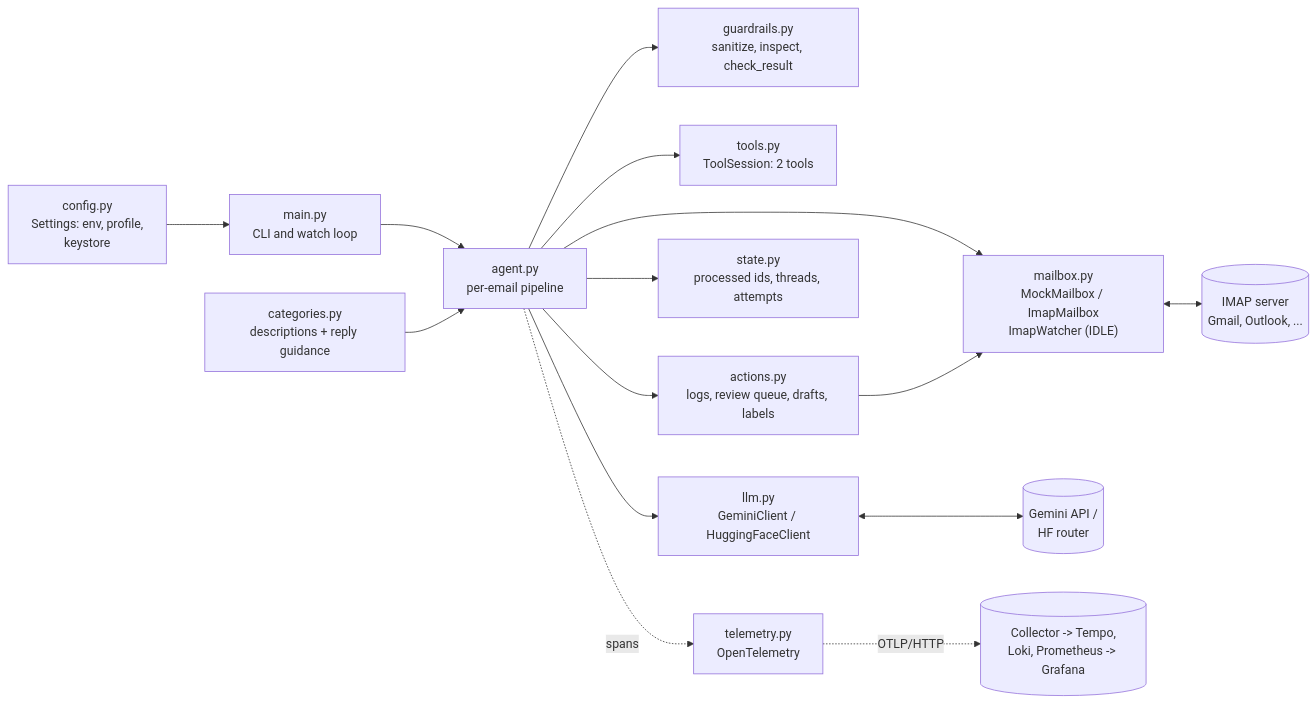
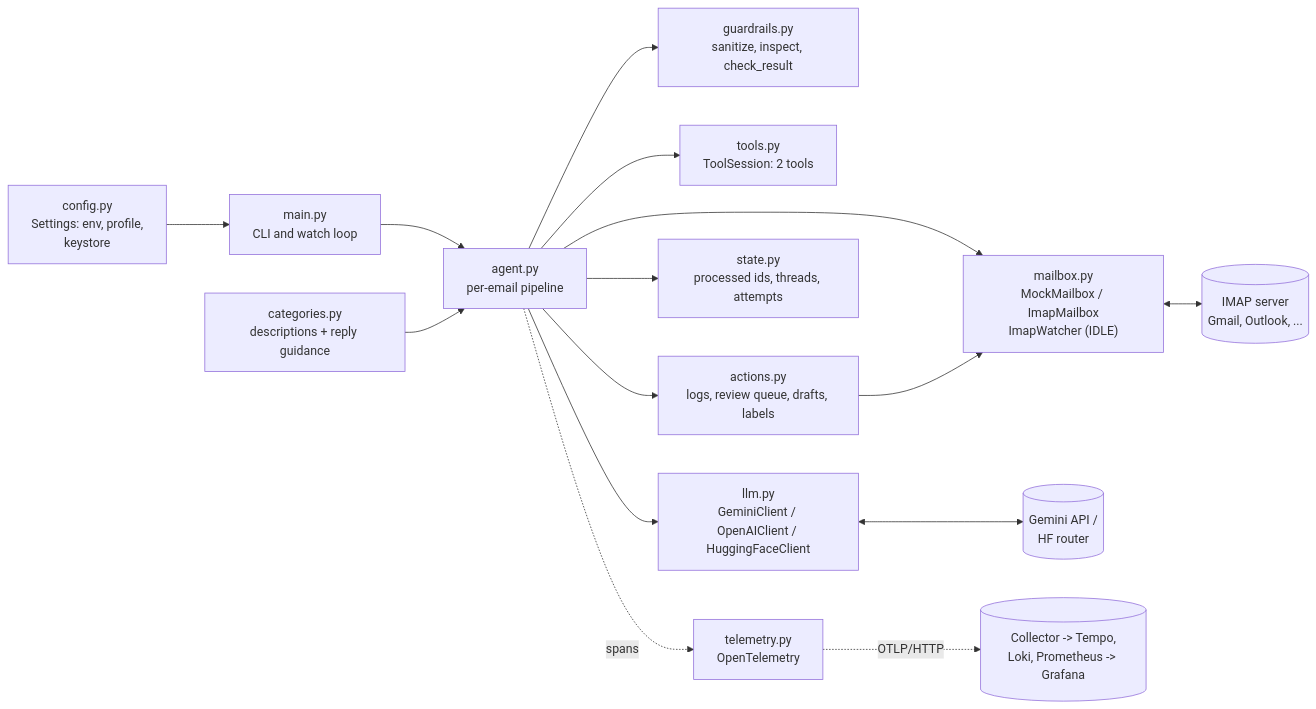
The first of 8 diagrams in ARCHITECTURE.md (anketmalandkar-sys/ltfs-demo), drawn with Mermaid before and after one commit. The commit also changed other lines of this file and 33 other files, not shown here.

First line of the commit message:
Evals with DeepEval and an LLM judge, and OpenAI as a provider

````diff
--- a/ARCHITECTURE.md
+++ b/ARCHITECTURE.md
@@ -51,17 +51,17 @@
 ```mermaid
 flowchart LR
     CLI["main.py<br/>CLI and watch loop"] --> AG["agent.py<br/>per-email pipeline"]
     CFG["config.py<br/>Settings: env, profile,<br/>keystore"] --> CLI
     AG --> MB["mailbox.py<br/>MockMailbox / ImapMailbox<br/>ImapWatcher (IDLE)"]
     AG --> GR["guardrails.py<br/>sanitize, inspect, check_result"]
     AG --> TL["tools.py<br/>ToolSession: 2 tools"]
-    AG --> LLM["llm.py<br/>GeminiClient / HuggingFaceClient"]
+    AG --> LLM["llm.py<br/>GeminiClient / OpenAIClient / HuggingFaceClient"]
     AG --> ST["state.py<br/>processed ids, threads, attempts"]
     AG --> AC["actions.py<br/>logs, review queue, drafts, labels"]
     AC --> MB
     CAT["categories.py<br/>descriptions + reply guidance"] --> AG
     MB <--> GMAIL[("IMAP server<br/>Gmail, Outlook, ...")]
     LLM <--> API[("Gemini API /<br/>HF router")]
     AG -. spans .-> OT["telemetry.py<br/>OpenTelemetry"]
     OT -. OTLP/HTTP .-> JG[("Collector -> Tempo,<br/>Loki, Prometheus -> Grafana")]
 ```
````
